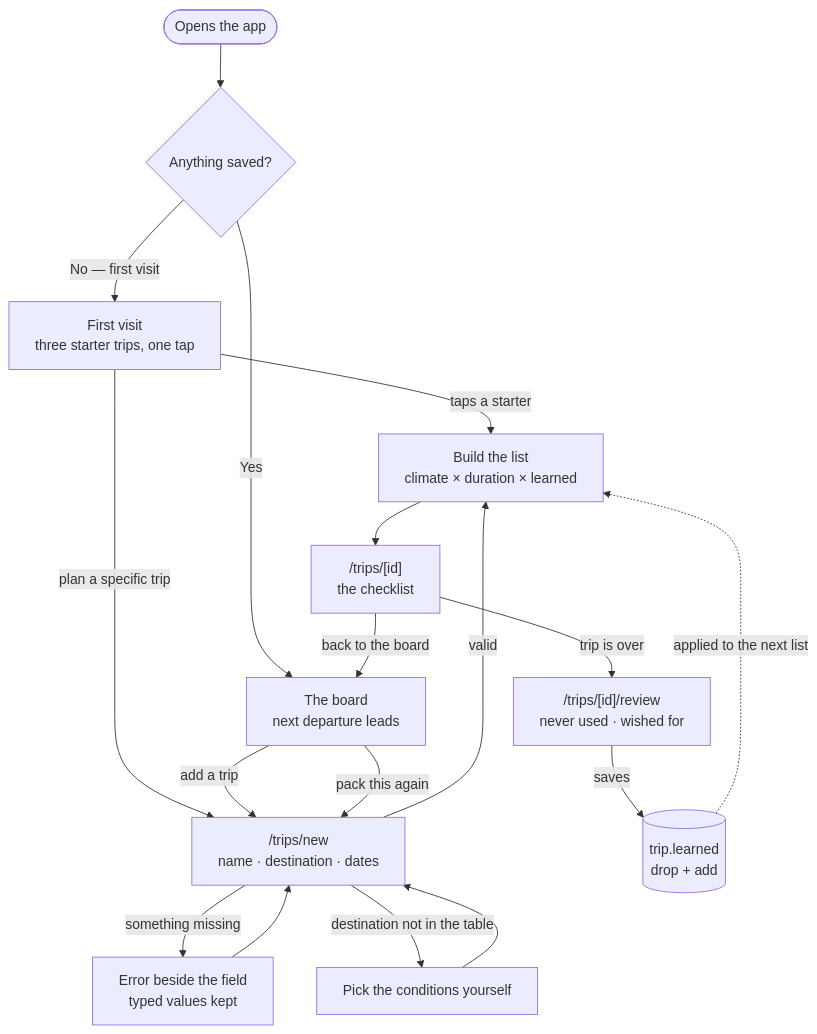
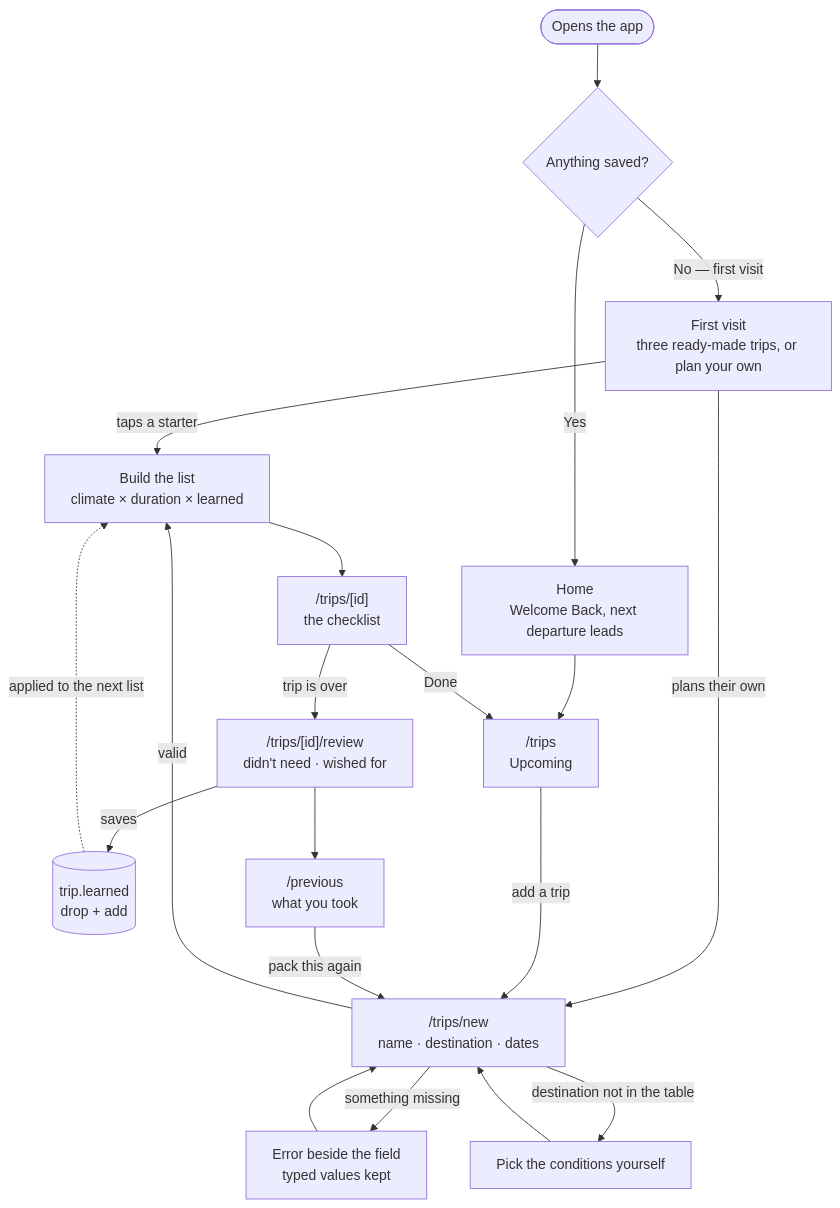
Before and after one commit to mrajesh164/departure-board: the first of 2 diagrams in README.md, drawn with Mermaid. The commit also changed other lines of this file and 1 other file, not shown here.

First line of the commit message:
Bring the README and flows.md back in line with the app

````diff
--- a/README.md
+++ b/README.md
@@ -26,23 +26,25 @@
 ```mermaid
 flowchart TD
     Start([Opens the app]) --> Has{Anything saved?}
 
-    Has -->|"No — first visit"| First["First visit<br/>three starter trips, one tap"]
+    Has -->|"No — first visit"| First["First visit<br/>three ready-made trips, or plan your own"]
     First -->|taps a starter| Build
-    First -->|plan a specific trip| Form
+    First -->|plans their own| Form
 
-    Has -->|Yes| Board["The board<br/>next departure leads"]
-    Board -->|add a trip| Form["/trips/new<br/>name · destination · dates"]
+    Has -->|Yes| Home["Home<br/>Welcome Back, next departure leads"]
+    Home --> Upcoming["/trips<br/>Upcoming"]
+    Upcoming -->|add a trip| Form["/trips/new<br/>name · destination · dates"]
     Form -->|something missing| FormErr["Error beside the field<br/>typed values kept"]
     FormErr --> Form
     Form -->|destination not in the table| Manual["Pick the conditions yourself"]
     Manual --> Form
     Form -->|valid| Build["Build the list<br/>climate × duration × learned"]
     Build --> Pack["/trips/[id]<br/>the checklist"]
-    Pack -->|back to the board| Board
+    Pack -->|Done| Upcoming
 
-    Pack -->|trip is over| Review["/trips/[id]/review<br/>never used · wished for"]
+    Pack -->|trip is over| Review["/trips/[id]/review<br/>didn't need · wished for"]
     Review -->|saves| Learn[("trip.learned<br/>drop + add")]
+    Review --> Previous["/previous<br/>what you took"]
+    Previous -->|pack this again| Form
     Learn -.->|applied to the next list| Build
-    Board -->|pack this again| Form
 ```
````
